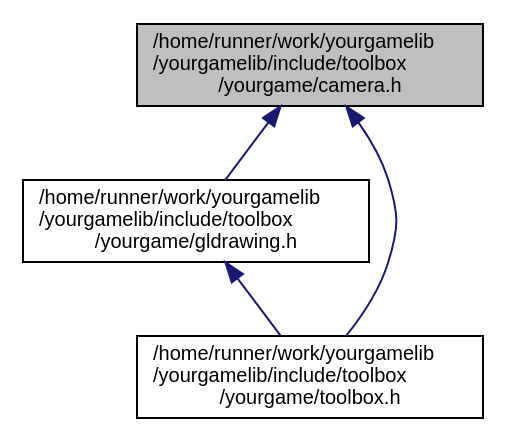
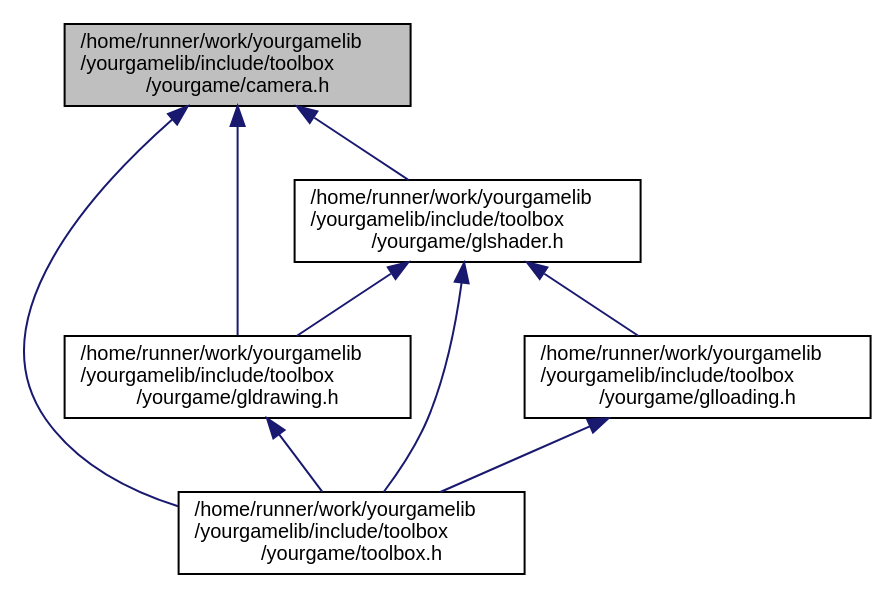
One commit to duddel/yourgamelib changed the diagram in camera_8h__dep__incl.dot. Above: the diagram before and after it, drawn with Graphviz. The commit also changed 70 other files, not shown here.

```diff
--- a/camera_8h__dep__incl.dot
+++ b/camera_8h__dep__incl.dot
@@ -1,11 +1,18 @@
 digraph "/home/runner/work/yourgamelib/yourgamelib/include/toolbox/yourgame/camera.h"
 {
   edge [fontname="Helvetica",fontsize="10",labelfontname="Helvetica",labelfontsize="10"];
   node [fontname="Helvetica",fontsize="10",shape=record];
   Node4 [label="/home/runner/work/yourgamelib\l/yourgamelib/include/toolbox\l/yourgame/camera.h",height=0.2,width=0.4,color="black", fillcolor="grey75", style="filled", fontcolor="black"];
   Node4 -> Node5 [dir="back",color="midnightblue",fontsize="10",style="solid",fontname="Helvetica"];
   Node5 [label="/home/runner/work/yourgamelib\l/yourgamelib/include/toolbox\l/yourgame/gldrawing.h",height=0.2,width=0.4,color="black", fillcolor="white", style="filled",URL="$gldrawing_8h.html"];
   Node5 -> Node6 [dir="back",color="midnightblue",fontsize="10",style="solid",fontname="Helvetica"];
   Node6 [label="/home/runner/work/yourgamelib\l/yourgamelib/include/toolbox\l/yourgame/toolbox.h",height=0.2,width=0.4,color="black", fillcolor="white", style="filled",URL="$toolbox_8h.html"];
+  Node4 -> Node7 [dir="back",color="midnightblue",fontsize="10",style="solid",fontname="Helvetica"];
+  Node7 [label="/home/runner/work/yourgamelib\l/yourgamelib/include/toolbox\l/yourgame/glshader.h",height=0.2,width=0.4,color="black", fillcolor="white", style="filled",URL="$glshader_8h.html"];
+  Node7 -> Node5 [dir="back",color="midnightblue",fontsize="10",style="solid",fontname="Helvetica"];
+  Node7 -> Node8 [dir="back",color="midnightblue",fontsize="10",style="solid",fontname="Helvetica"];
+  Node8 [label="/home/runner/work/yourgamelib\l/yourgamelib/include/toolbox\l/yourgame/glloading.h",height=0.2,width=0.4,color="black", fillcolor="white", style="filled",URL="$glloading_8h.html"];
+  Node8 -> Node6 [dir="back",color="midnightblue",fontsize="10",style="solid",fontname="Helvetica"];
+  Node7 -> Node6 [dir="back",color="midnightblue",fontsize="10",style="solid",fontname="Helvetica"];
   Node4 -> Node6 [dir="back",color="midnightblue",fontsize="10",style="solid",fontname="Helvetica"];
 }
```
